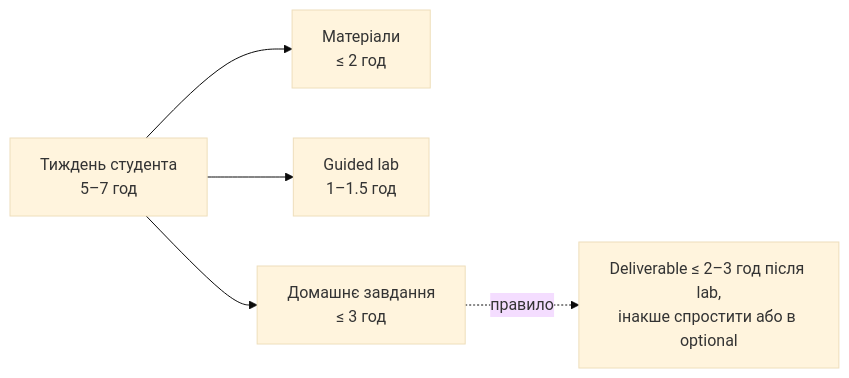
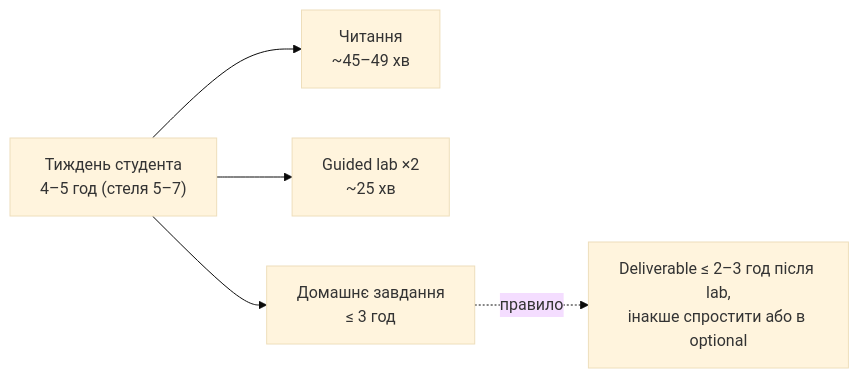
Before and after one commit to TarasFedorenkoFTV/llmops-bootcamp: the diagram in docs/weekly-outcomes.md, drawn with Mermaid (base theme). The commit also changed other lines of this file and 24 other files, not shown here.

````diff
--- a/docs/weekly-outcomes.md
+++ b/docs/weekly-outcomes.md
@@ -7,7 +9,7 @@
 ```mermaid
 flowchart LR
-  W["Тиждень студента<br/>5–7 год"] --> M["Матеріали<br/>≤ 2 год"]
-  W --> L["Guided lab<br/>1–1.5 год"]
+  W["Тиждень студента<br/>4–5 год (стеля 5–7)"] --> M["Читання<br/>~45–49 хв"]
+  W --> L["Guided lab ×2<br/>~25 хв"]
   W --> H["Домашнє завдання<br/>≤ 3 год"]
   H -. правило .-> R["Deliverable ≤ 2–3 год після lab,<br/>інакше спростити або в optional"]
 ```
````
